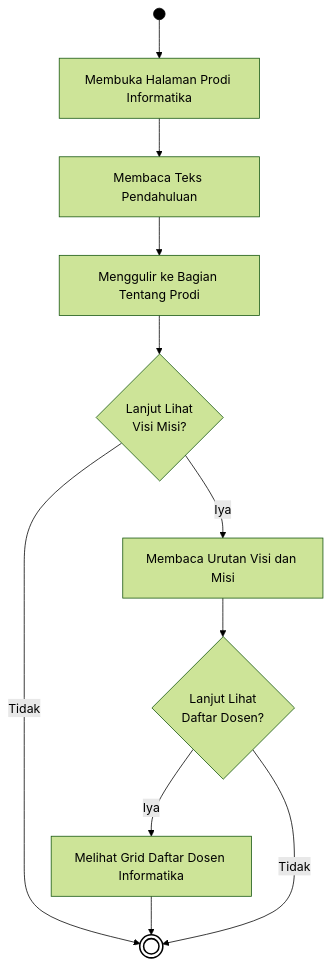
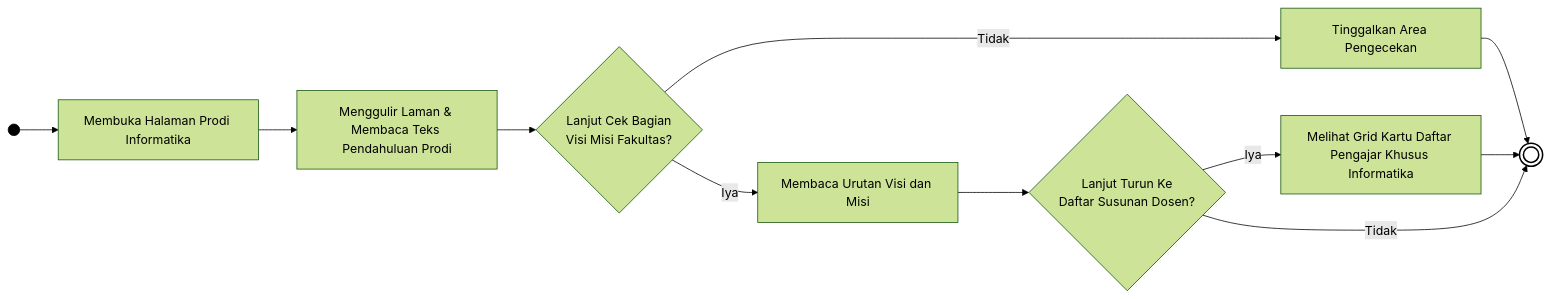
One commit to arbain-dev/Web_fikom changed the seventh of 12 diagrams in docs/01B_DIAGRAM_AKTIVITAS_PUBLIK.md. Above: the diagram before and after it, drawn with Mermaid (forest theme). The commit also changed other lines of this file, not shown here.

Commit message:
docs: merombak seluruh orientasi diagram aktivitas menjadi horizontal (LR) serta fan-out agar mengular ke samping alih-alih memanjang tajam ke bawah

````diff
--- a/docs/01B_DIAGRAM_AKTIVITAS_PUBLIK.md
+++ b/docs/01B_DIAGRAM_AKTIVITAS_PUBLIK.md
@@ -201,21 +174,21 @@
 ```mermaid
-flowchart TD
+flowchart LR
     Start(( )) --> A[Membuka Halaman Prodi Informatika]
     
-    A --> B[Membaca Teks Pendahuluan]
-    B --> C[Menggulir ke Bagian Tentang Prodi]
-    C --> D{Lanjut Lihat\nVisi Misi?}
+    A --> B[Menggulir Laman & Membaca Teks Pendahuluan Prodi]
+    B --> C{Lanjut Cek Bagian\nVisi Misi Fakultas?}
     
-    D -- Iya --> E[Membaca Urutan Visi dan Misi]
-    E --> F{Lanjut Lihat\nDaftar Dosen?}
+    C -- Iya --> D[Membaca Urutan Visi dan Misi]
+    D --> E{Lanjut Turun Ke\nDaftar Susunan Dosen?}
     
-    D -- Tidak --> End((( )))
+    C -- Tidak --> F[Tinggalkan Area Pengecekan]
+    F --> End((( )))
     
-    F -- Iya --> G[Melihat Grid Daftar Dosen Informatika]
+    E -- Iya --> G[Melihat Grid Kartu Daftar Pengajar Khusus Informatika]
     G --> End
     
-    F -- Tidak --> End
+    E -- Tidak --> End
     
     style Start fill:#000,stroke:#000,color:#000
     style End fill:#fff,stroke:#000,stroke-width:2px
 ```
````
